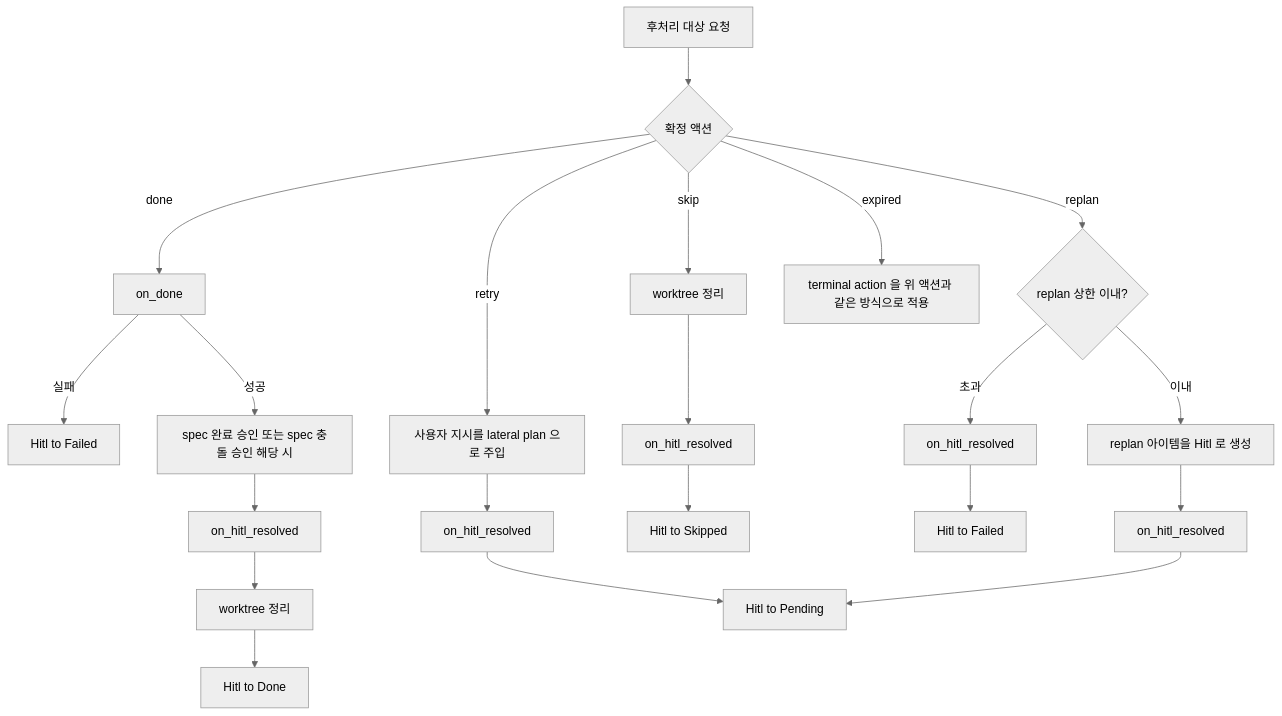
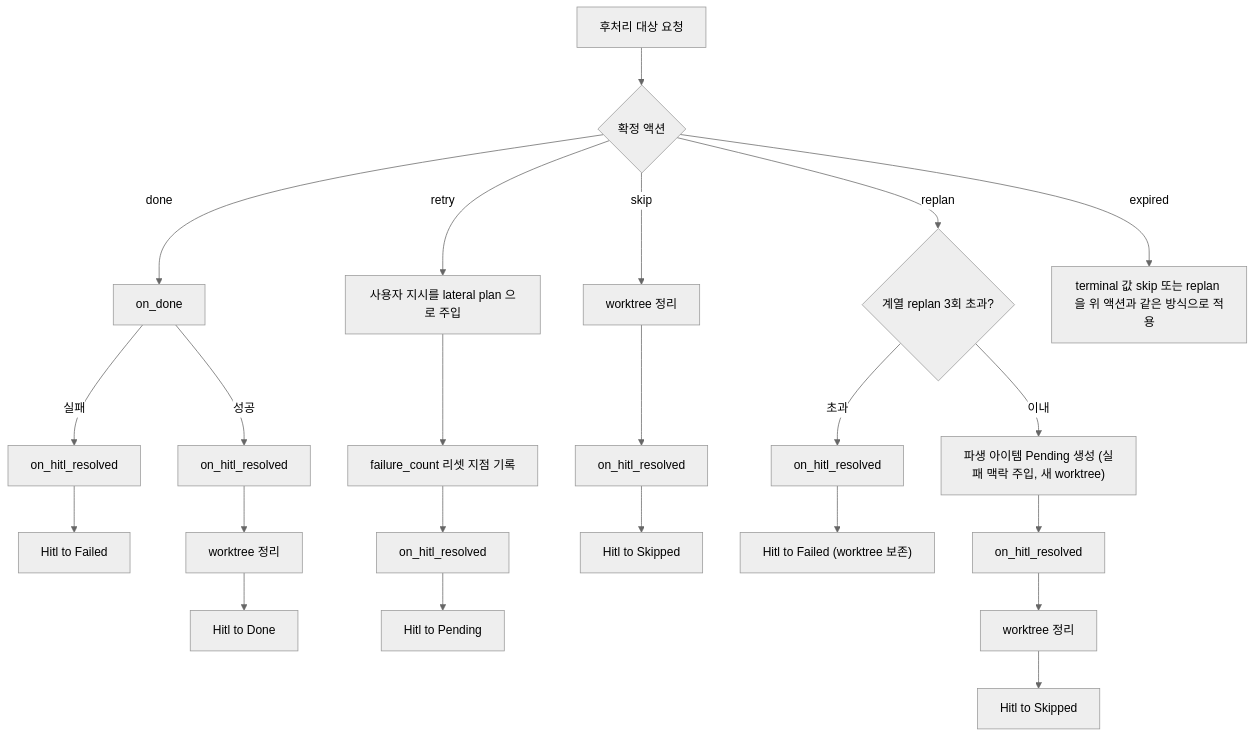
The fifth of 7 diagrams in spec/concerns/daemon.md (kys0213/belt), drawn with Mermaid (neutral theme) before and after one commit. The commit also changed other lines of this file and 4 other files, not shown here.

First line of the commit message:
docs(spec): align daemon, cron and evaluator docs with derived-item and HITL contracts

````diff
--- a/spec/concerns/daemon.md
+++ b/spec/concerns/daemon.md
@@ -206,23 +210,25 @@
 ```mermaid
 flowchart TD
     P["후처리 대상 요청"] --> A{"확정 액션"}
     A -- "done" --> D1["on_done"]
-    D1 -- "실패" --> FAIL["Hitl to Failed"]
-    D1 -- "성공" --> D2["spec 완료 승인 또는 spec 충돌 승인 해당 시"]
-    D2 --> D3["on_hitl_resolved"]
+    D1 -- "실패" --> DF["on_hitl_resolved"]
+    DF --> FAIL["Hitl to Failed"]
+    D1 -- "성공" --> D3["on_hitl_resolved"]
     D3 --> D4["worktree 정리"]
     D4 --> DONE["Hitl to Done"]
     A -- "retry" --> R1["사용자 지시를 lateral plan 으로 주입"]
-    R1 --> R2["on_hitl_resolved"]
+    R1 --> R15["failure_count 리셋 지점 기록"]
+    R15 --> R2["on_hitl_resolved"]
     R2 --> PEND["Hitl to Pending"]
     A -- "skip" --> S1["worktree 정리"]
     S1 --> S2["on_hitl_resolved"]
     S2 --> SKIP["Hitl to Skipped"]
-    A -- "replan" --> PC{"replan 상한 이내?"}
+    A -- "replan" --> PC{"계열 replan 3회 초과?"}
     PC -- "초과" --> PF["on_hitl_resolved"]
-    PF --> PFAIL["Hitl to Failed"]
-    PC -- "이내" --> P1["replan 아이템을 Hitl 로 생성"]
+    PF --> PFAIL["Hitl to Failed (worktree 보존)"]
+    PC -- "이내" --> P1["파생 아이템 Pending 생성 (실패 맥락 주입, 새 worktree)"]
     P1 --> P2["on_hitl_resolved"]
-    P2 --> PEND
-    A -- "expired" --> E1["terminal action 을 위 액션과 같은 방식으로 적용"]
+    P2 --> P3["worktree 정리"]
+    P3 --> PSKIP["Hitl to Skipped"]
+    A -- "expired" --> E1["terminal 값 skip 또는 replan 을 위 액션과 같은 방식으로 적용"]
 ```
````
